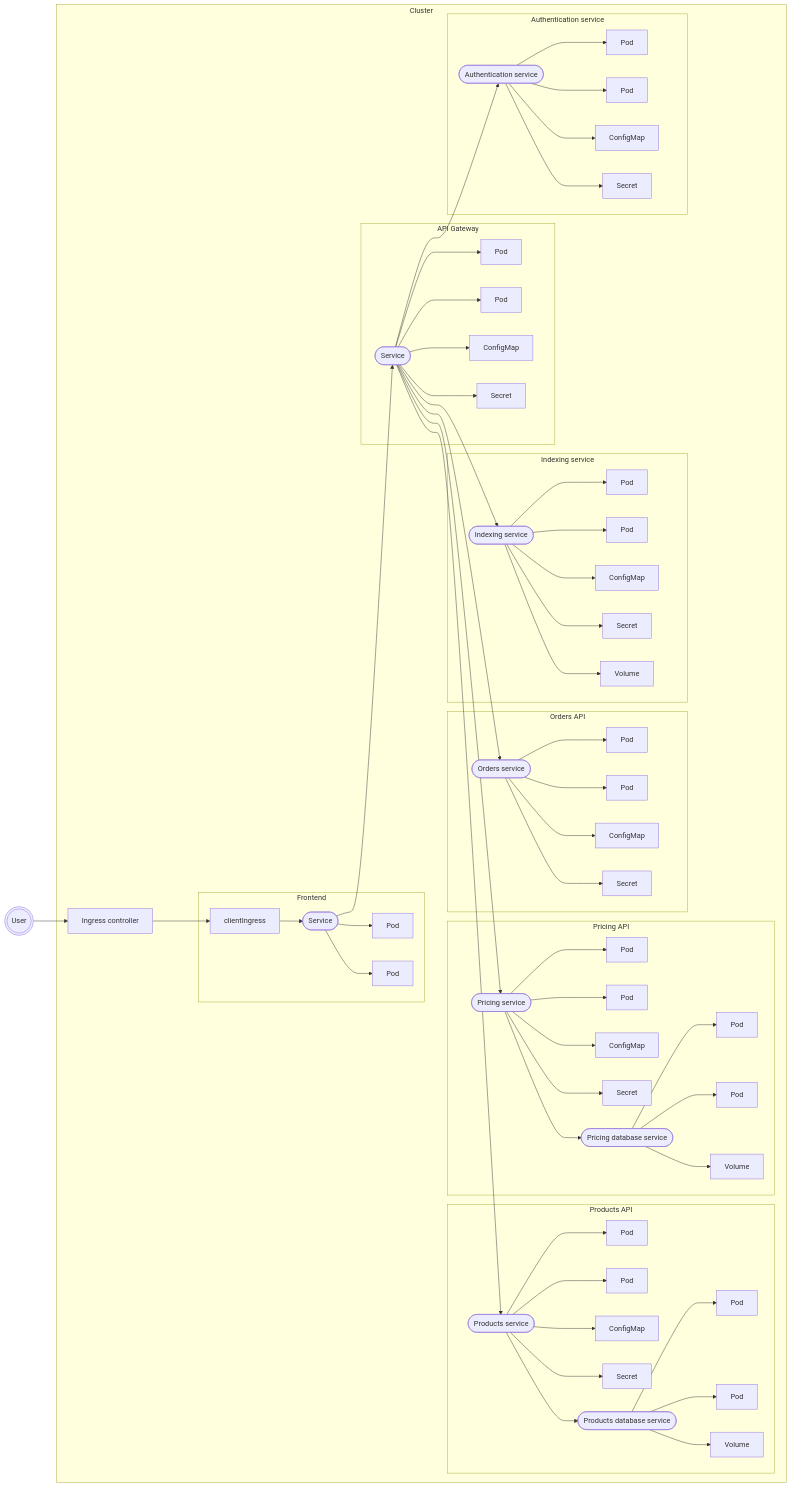
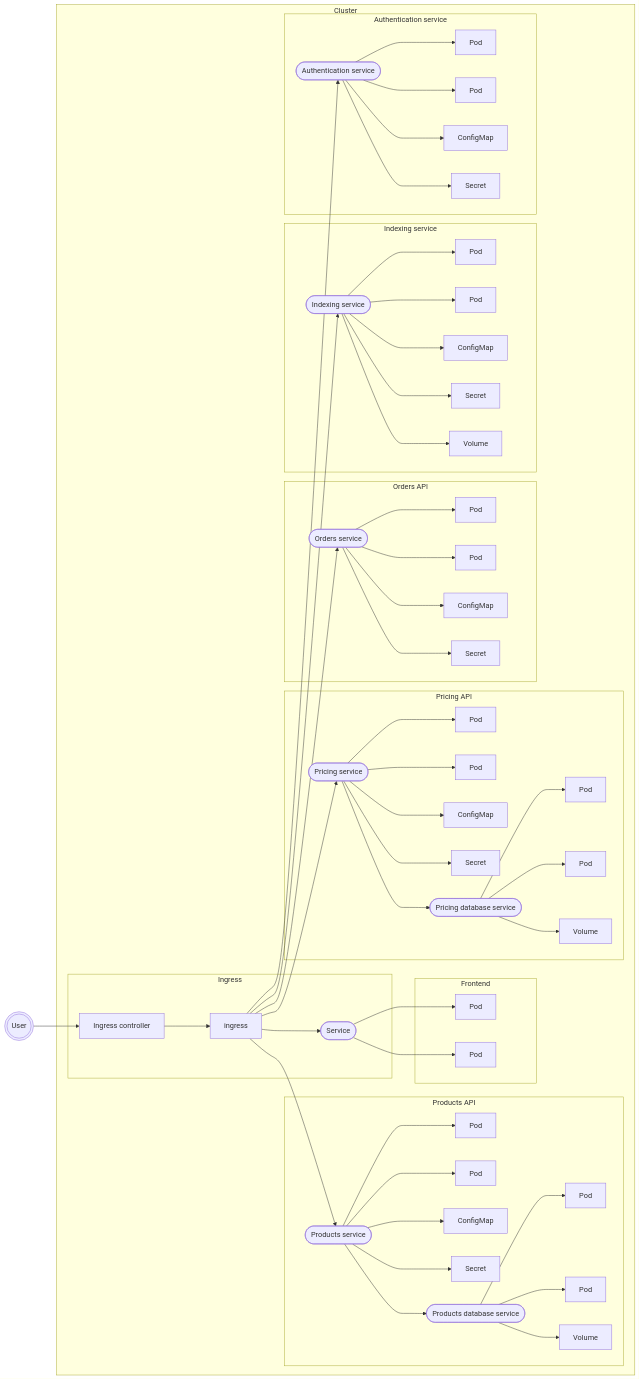
Before and after one commit to Physer/Microshop.NET: the diagram in docs/architecture/cloud.md, drawn with Mermaid. The commit also changed 1 other file, not shown here.

Commit message:
docs(repo): updated docs to match Ingress instead of Gateway

````diff
--- a/docs/architecture/cloud.md
+++ b/docs/architecture/cloud.md
@@ -1,30 +1,22 @@
 ```mermaid
 graph LR
 
-user(((User))) --> clientIngressController[Ingress]
+user(((User))) --> ingressController[Ingress]
 
 subgraph Cluster
 
-clientIngressController["Ingress controller"] ---> clientIngress
-
+subgraph Ingress
+ingressController["Ingress controller"] ---> ingress
+ingress --> clientService([Service])
+end
 
 subgraph Frontend
-clientIngress --> clientService([Service])
 clientService --> clientPod1[Pod]
 clientService --> clientPod2[Pod]
 end
 
-subgraph "API Gateway"
-clientService --> gatewayService([Service])
-
-gatewayService --> gatewayPod1[Pod]
-gatewayService --> gatewayPod2[Pod]
-gatewayService --> gatewayConfigMap[ConfigMap]
-gatewayService --> gatewaySecret[Secret]
-end
-
 subgraph "Products API"
-gatewayService --> productsService(["Products service"])
+ingress --> productsService(["Products service"])
 
 productsService --> productsPod1[Pod]
 productsService --> productsPod2[Pod]
@@ -38,7 +30,7 @@
 end
 
 subgraph "Pricing API"
-gatewayService --> pricingService(["Pricing service"])
+ingress --> pricingService(["Pricing service"])
 
 pricingService --> pricingPod1[Pod]
 pricingService --> pricingPod2[Pod]
@@ -52,7 +44,7 @@
 end
 
 subgraph "Orders API"
-gatewayService --> ordersService(["Orders service"])
+ingress --> ordersService(["Orders service"])
 
 ordersService --> ordersPod1[Pod]
 ordersService --> ordersPod2[Pod]
@@ -61,7 +53,7 @@
 end
 
 subgraph "Indexing service"
-gatewayService --> indexingService(["Indexing service"])
+ingress --> indexingService(["Indexing service"])
 
 indexingService --> indexingPod1[Pod]
 indexingService --> indexingPod2[Pod]
@@ -71,7 +63,7 @@
 end
 
 subgraph "Authentication service"
-gatewayService --> authenticationService(["Authentication service"])
+ingress --> authenticationService(["Authentication service"])
 
 authenticationService --> authenticationPod1[Pod]
 authenticationService --> authenticationPod2[Pod]
````
